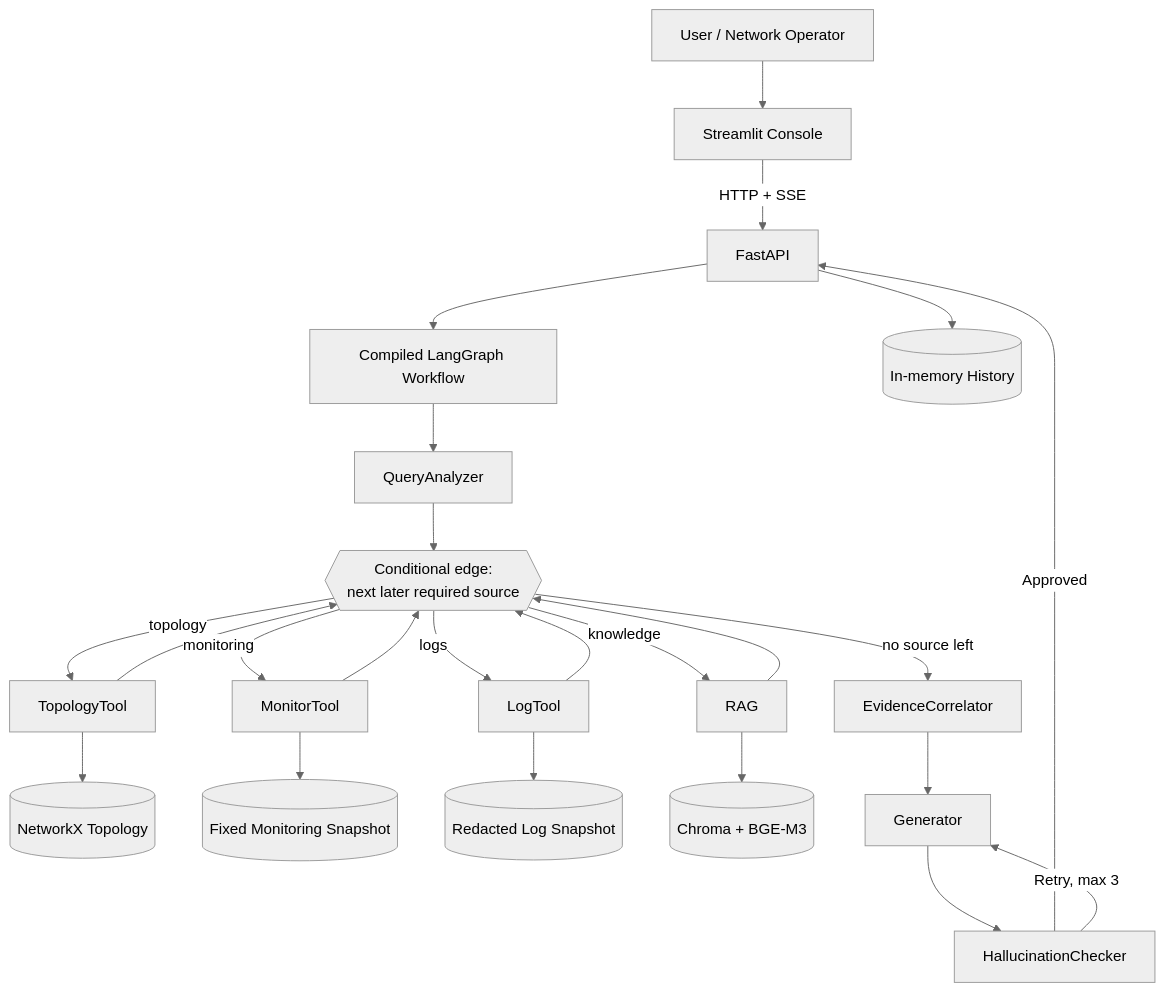
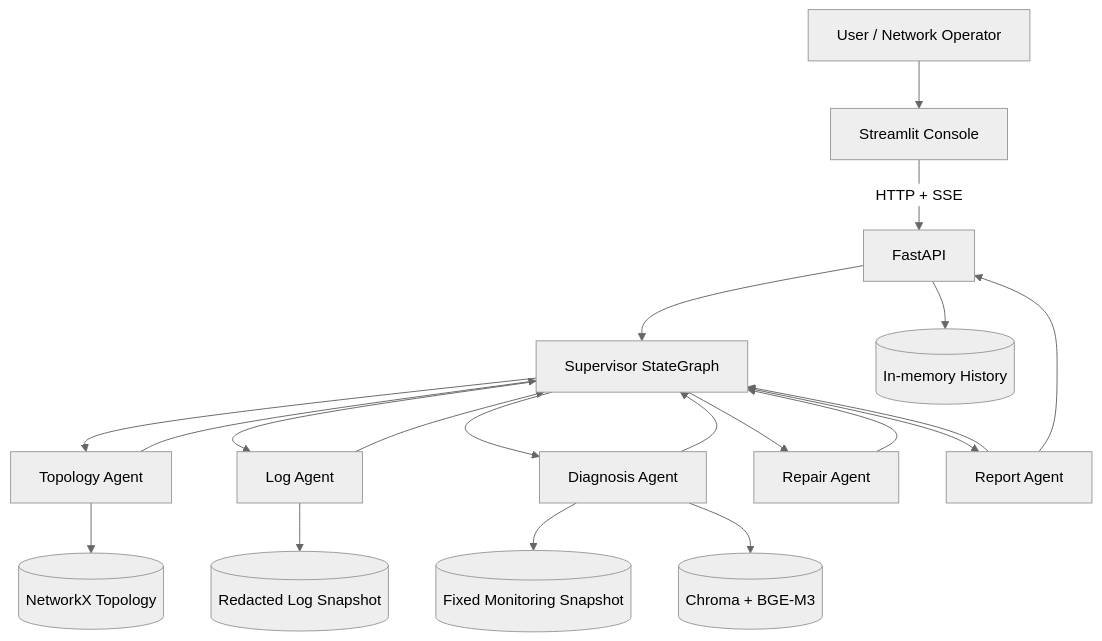
The second of 2 diagrams in README.md (jli-24/networkops-ai-agent), drawn with Mermaid (neutral theme) before and after one commit. The commit also changed other lines of this file and 22 other files, not shown here.

Commit message:
feat: introduce multi-agent workflow architecture

````diff
--- a/README.md
+++ b/README.md
@@ -456,31 +459,27 @@
 ```mermaid
 flowchart TB
     User[User / Network Operator] --> UI[Streamlit Console]
     UI -->|HTTP + SSE| API[FastAPI]
-    API --> Graph[Compiled LangGraph Workflow]
+    API --> Supervisor[Supervisor StateGraph]
 
-    Graph --> QA[QueryAnalyzer]
-    QA --> Next{{Conditional edge:<br/>next later required source}}
-    Next -->|topology| Topology[TopologyTool]
-    Next -->|monitoring| Monitoring[MonitorTool]
-    Next -->|logs| Logs[LogTool]
-    Next -->|knowledge| RAG[RAG]
-    Next -->|no source left| Correlator[EvidenceCorrelator]
+    Supervisor --> Topology[Topology Agent]
+    Supervisor --> Logs[Log Agent]
+    Supervisor --> Diagnosis[Diagnosis Agent]
+    Supervisor --> Repair[Repair Agent]
+    Supervisor --> Report[Report Agent]
 
-    Topology --> Next
-    Monitoring --> Next
-    Logs --> Next
-    RAG --> Next
+    Topology --> Supervisor
+    Logs --> Supervisor
+    Diagnosis --> Supervisor
+    Repair --> Supervisor
+    Report --> Supervisor
 
     Topology --> NX[(NetworkX Topology)]
-    Monitoring --> Snapshot[(Fixed Monitoring Snapshot)]
     Logs --> Redacted[(Redacted Log Snapshot)]
-    RAG --> Chroma[(Chroma + BGE-M3)]
 
-    Correlator --> Generator[Generator]
-    Generator --> Checker[HallucinationChecker]
-    Checker -->|Approved| API
-    Checker -->|Retry, max 3| Generator
+    Diagnosis --> Snapshot[(Fixed Monitoring Snapshot)]
+    Diagnosis --> Chroma[(Chroma + BGE-M3)]
+    Report --> API
 
     API --> History[(In-memory History)]
 ```
````
